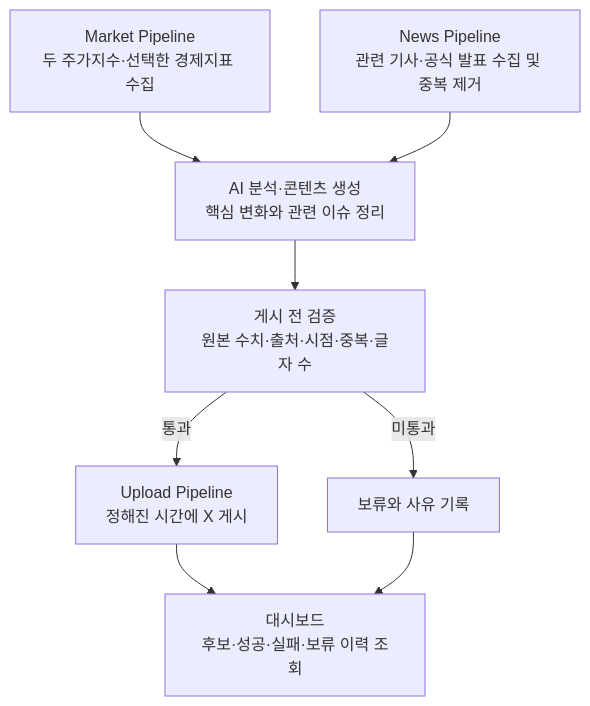
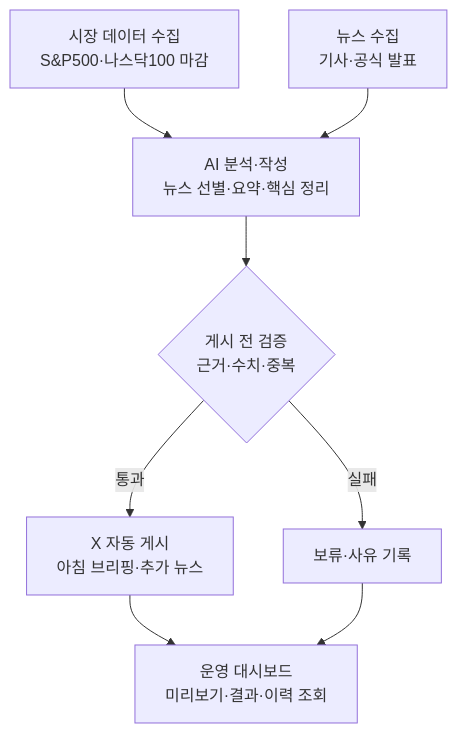
One commit to luvulmi/xfolio changed the second of 2 diagrams in tasks/progress/2026-10-18.md. Above: the diagram before and after it, drawn with Mermaid. The commit also changed other lines of this file and 7 other files, not shown here.

````diff
--- a/tasks/progress/2026-10-18.md
+++ b/tasks/progress/2026-10-18.md
@@ -67,10 +78,10 @@
 ```mermaid
 flowchart TD
-    M["Market Pipeline<br/>두 주가지수·선택한 경제지표 수집"] --> A["AI 분석·콘텐츠 생성<br/>핵심 변화와 관련 이슈 정리"]
-    N["News Pipeline<br/>관련 기사·공식 발표 수집 및 중복 제거"] --> A
-    A --> V["게시 전 검증<br/>원본 수치·출처·시점·중복·글자 수"]
-    V -->|통과| U["Upload Pipeline<br/>정해진 시간에 X 게시"]
-    V -->|미통과| H["보류와 사유 기록"]
-    U --> D["대시보드<br/>후보·성공·실패·보류 이력 조회"]
+    M["시장 데이터 수집<br/>S&P500·나스닥100 마감"] --> A["AI 분석·작성<br/>뉴스 선별·요약·핵심 정리"]
+    N["뉴스 수집<br/>기사·공식 발표"] --> A
+    A --> V{"게시 전 검증<br/>근거·수치·중복"}
+    V -->|통과| X["X 자동 게시<br/>아침 브리핑·추가 뉴스"]
+    V -->|실패| H["보류·사유 기록"]
+    X --> D["운영 대시보드<br/>미리보기·결과·이력 조회"]
     H --> D
 ```
````
